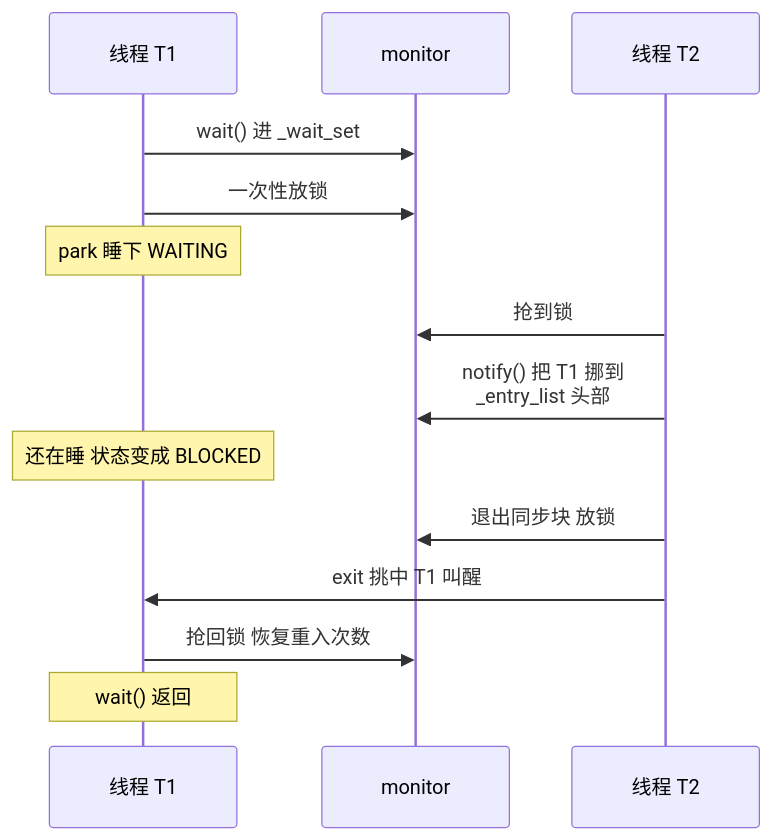
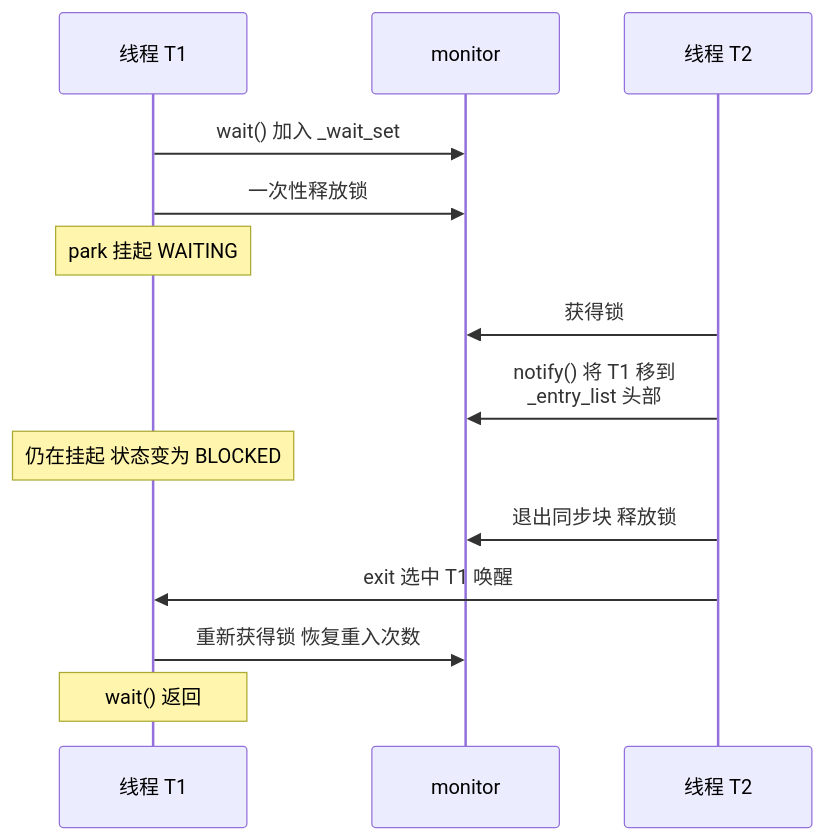
The fifth of 6 diagrams in docs/java/concurrency/synchronized-lock-upgrade.md (mamawai/mamawai.github.io), drawn with Mermaid before and after one commit. The commit also changed other lines of this file and 1 other file, not shown here.

````diff
--- a/docs/java/concurrency/synchronized-lock-upgrade.md
+++ b/docs/java/concurrency/synchronized-lock-upgrade.md
@@ -501,16 +521,16 @@
 ```mermaid
 sequenceDiagram
   participant T1 as 线程 T1
   participant M as monitor
   participant T2 as 线程 T2
-  T1->>M: wait() 进 _wait_set
-  T1->>M: 一次性放锁
-  Note over T1: park 睡下 WAITING
-  T2->>M: 抢到锁
-  T2->>M: notify() 把 T1 挪到<br>_entry_list 头部
-  Note over T1: 还在睡 状态变成 BLOCKED
-  T2->>M: 退出同步块 放锁
-  T2->>T1: exit 挑中 T1 叫醒
-  T1->>M: 抢回锁 恢复重入次数
+  T1->>M: wait() 加入 _wait_set
+  T1->>M: 一次性释放锁
+  Note over T1: park 挂起 WAITING
+  T2->>M: 获得锁
+  T2->>M: notify() 将 T1 移到<br>_entry_list 头部
+  Note over T1: 仍在挂起 状态变为 BLOCKED
+  T2->>M: 退出同步块 释放锁
+  T2->>T1: exit 选中 T1 唤醒
+  T1->>M: 重新获得锁 恢复重入次数
   Note over T1: wait() 返回
 ```
````
